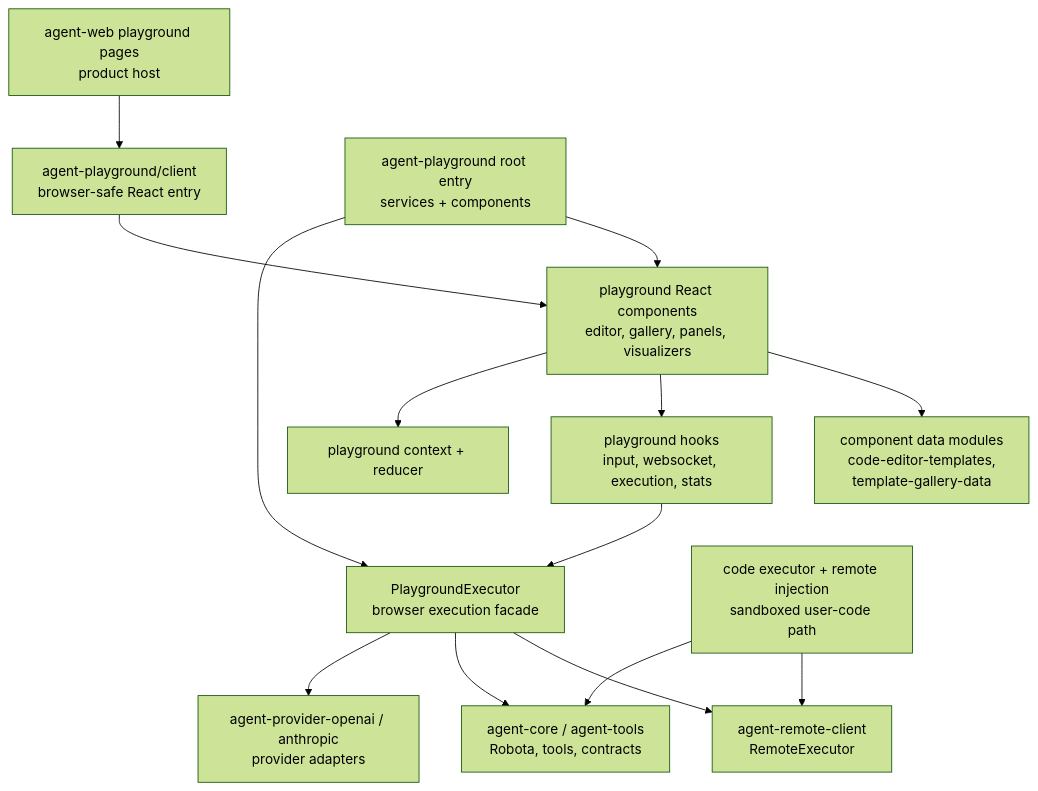
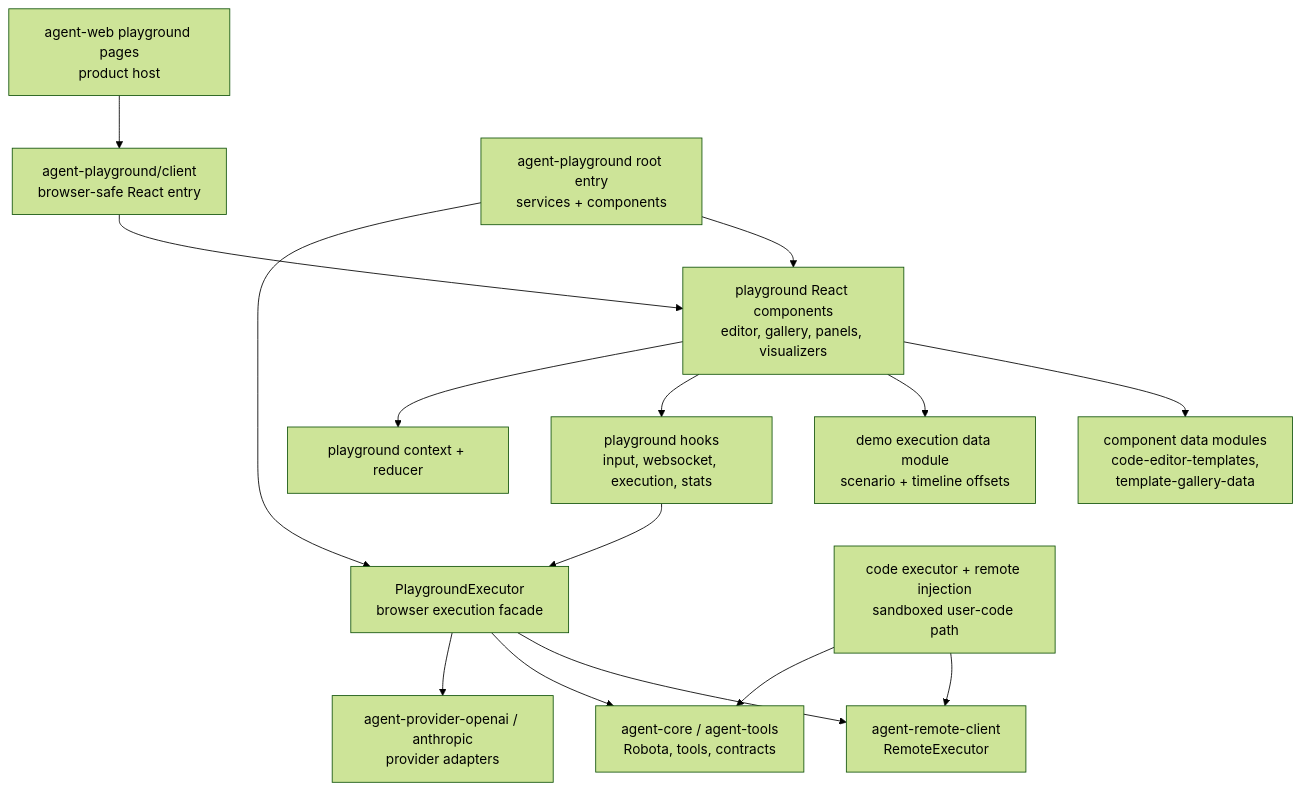
Before and after one commit to woojubb/robota: the third of 6 diagrams in .agents/specs/ARCHITECTURE-MAP.md, drawn with Mermaid (forest theme). The commit also changed other lines of this file and 6 other files, not shown here.

First line of the commit message:
refactor(playground): split demo execution data

````diff
--- a/.agents/specs/ARCHITECTURE-MAP.md
+++ b/.agents/specs/ARCHITECTURE-MAP.md
@@ -119,29 +119,31 @@
 ```mermaid
 flowchart TD
   AgentWeb["agent-web playground pages\nproduct host"]
   ClientEntry["agent-playground/client\nbrowser-safe React entry"]
   RootEntry["agent-playground root entry\nservices + components"]
   Components["playground React components\neditor, gallery, panels, visualizers"]
   ComponentData["component data modules\ncode-editor-templates,\ntemplate-gallery-data"]
+  DemoData["demo execution data module\nscenario + timeline offsets"]
   Hooks["playground hooks\ninput, websocket, execution, stats"]
   Context["playground context + reducer"]
   Executor["PlaygroundExecutor\nbrowser execution facade"]
   RemoteInjection["code executor + remote injection\nsandboxed user-code path"]
   RemoteClient["agent-remote-client\nRemoteExecutor"]
   Core["agent-core / agent-tools\nRobota, tools, contracts"]
   Providers["agent-provider-openai / anthropic\nprovider adapters"]
 
   AgentWeb --> ClientEntry
   ClientEntry --> Components
   RootEntry --> Components
   RootEntry --> Executor
   Components --> ComponentData
+  Components --> DemoData
   Components --> Hooks
   Components --> Context
   Hooks --> Executor
   Executor --> RemoteClient
   Executor --> Core
   Executor --> Providers
   RemoteInjection --> RemoteClient
   RemoteInjection --> Core
 ```
````
